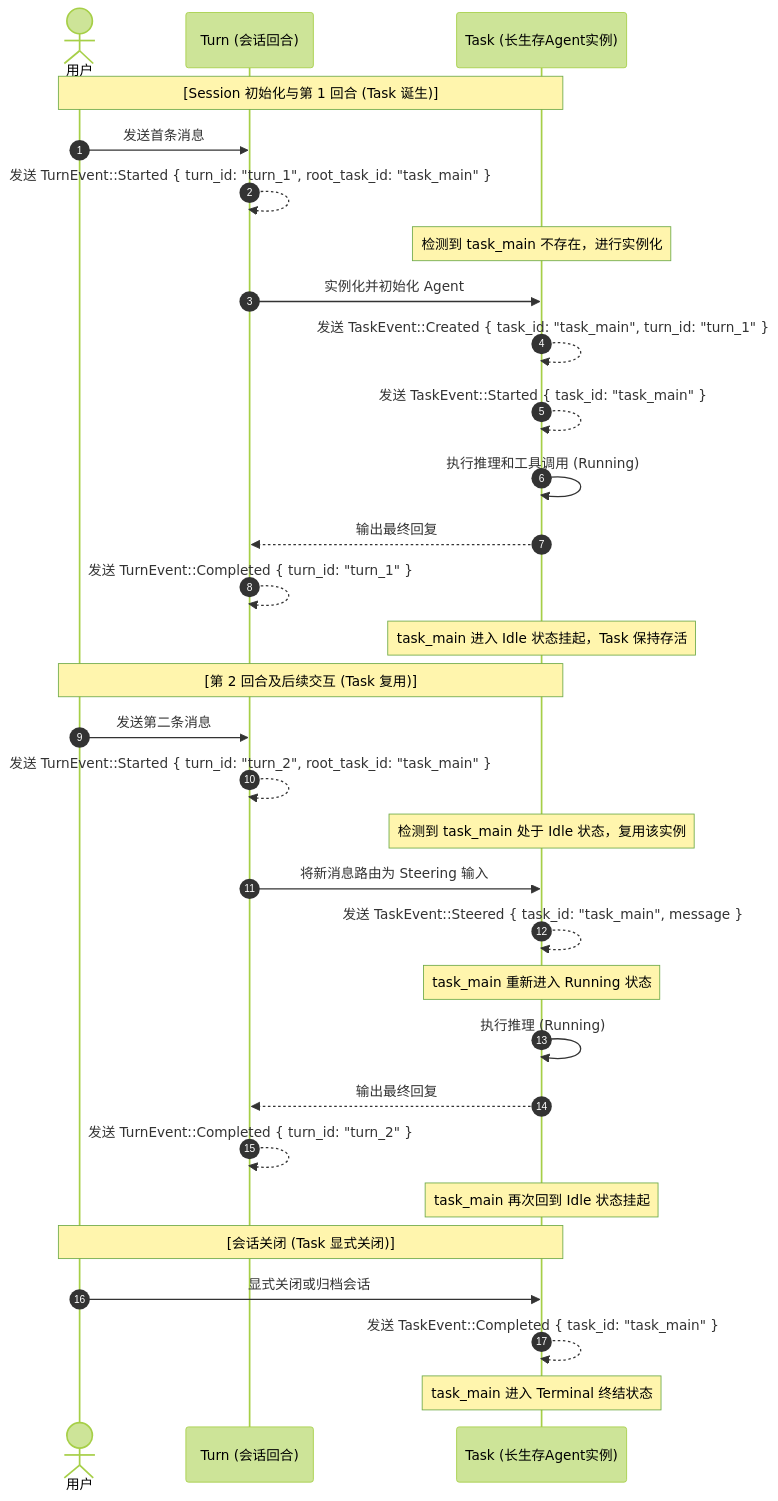
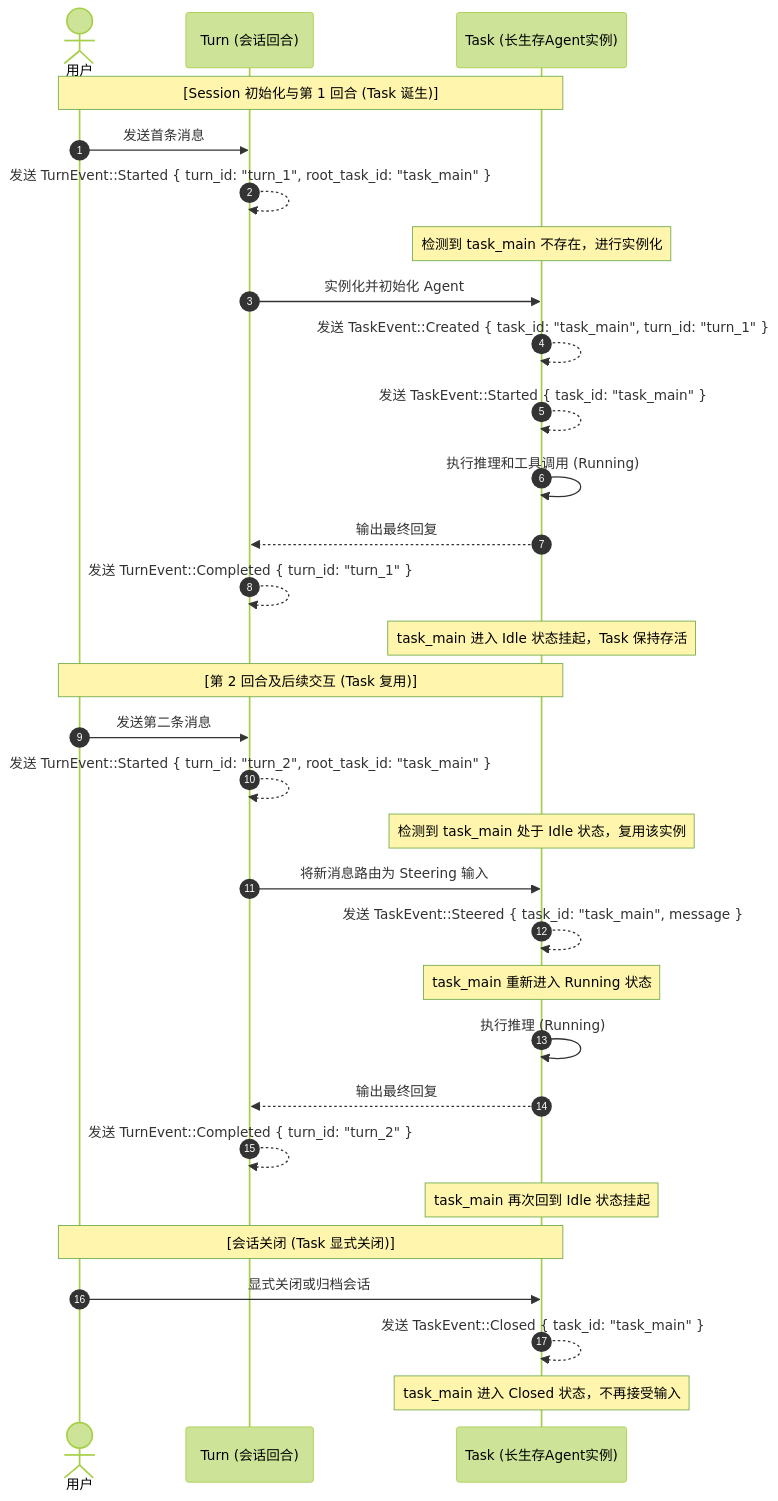
Before and after one commit to biuld/piko: the second of 2 diagrams in docs/agent-architecture.md, drawn with Mermaid (forest theme). The commit also changed other lines of this file and 33 other files, not shown here.

First line of the commit message:
refactor(orchd): modularize dispatch and tool execution architecture

````diff
--- a/docs/agent-architecture.md
+++ b/docs/agent-architecture.md
@@ -154,36 +156,36 @@
 ```mermaid
 sequenceDiagram
     autonumber
     actor User as 用户
     participant Turn as Turn (会话回合)
     participant Task as Task (长生存Agent实例)
     
     Note over User, Task: [Session 初始化与第 1 回合 (Task 诞生)]
     User->>Turn: 发送首条消息
     Turn-->>Turn: 发送 TurnEvent::Started { turn_id: "turn_1", root_task_id: "task_main" }
     Note over Task: 检测到 task_main 不存在，进行实例化
     Turn->>Task: 实例化并初始化 Agent
     Task-->>Task: 发送 TaskEvent::Created { task_id: "task_main", turn_id: "turn_1" }
     Task-->>Task: 发送 TaskEvent::Started { task_id: "task_main" }
     Task->>Task: 执行推理和工具调用 (Running)
     Task-->>Turn: 输出最终回复
     Turn-->>Turn: 发送 TurnEvent::Completed { turn_id: "turn_1" }
     Note over Task: task_main 进入 Idle 状态挂起，Task 保持存活
 
     Note over User, Task: [第 2 回合及后续交互 (Task 复用)]
     User->>Turn: 发送第二条消息
     Turn-->>Turn: 发送 TurnEvent::Started { turn_id: "turn_2", root_task_id: "task_main" }
     Note over Task: 检测到 task_main 处于 Idle 状态，复用该实例
     Turn->>Task: 将新消息路由为 Steering 输入
     Task-->>Task: 发送 TaskEvent::Steered { task_id: "task_main", message }
     Note over Task: task_main 重新进入 Running 状态
     Task->>Task: 执行推理 (Running)
     Task-->>Turn: 输出最终回复
     Turn-->>Turn: 发送 TurnEvent::Completed { turn_id: "turn_2" }
     Note over Task: task_main 再次回到 Idle 状态挂起
 
     Note over User, Task: [会话关闭 (Task 显式关闭)]
     User->>Task: 显式关闭或归档会话
-    Task-->>Task: 发送 TaskEvent::Completed { task_id: "task_main" }
-    Note over Task: task_main 进入 Terminal 终结状态
+    Task-->>Task: 发送 TaskEvent::Closed { task_id: "task_main" }
+    Note over Task: task_main 进入 Closed 状态，不再接受输入
 ```
````
